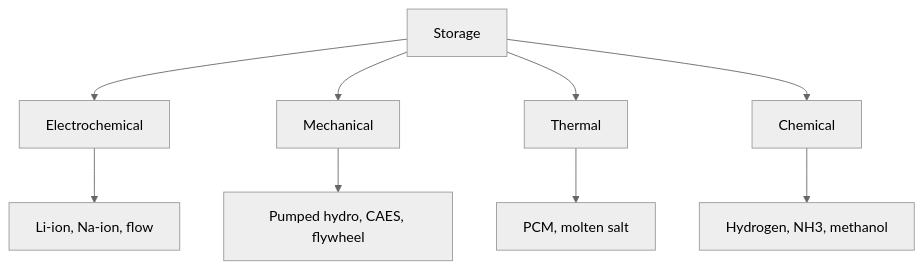
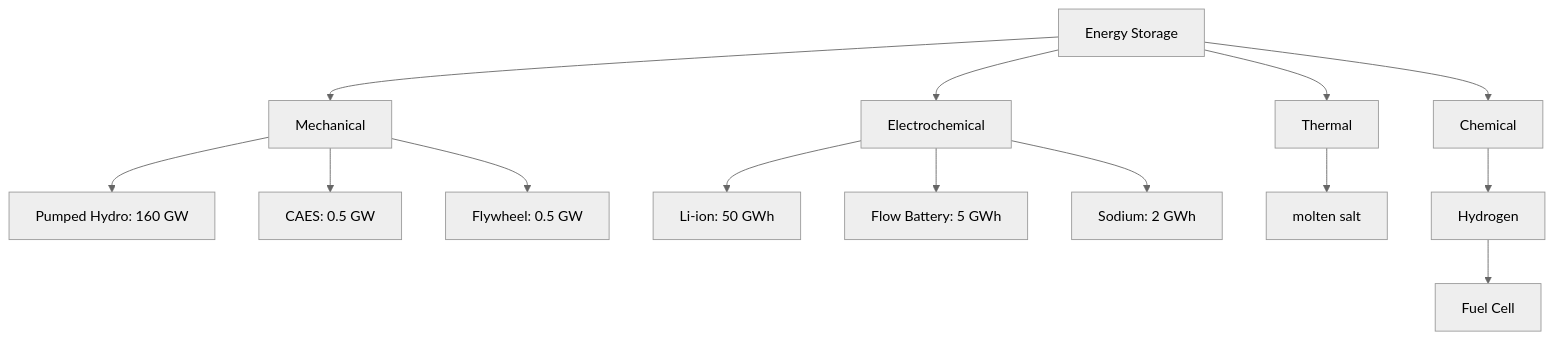
One commit to yip-lgtm/PhysicsSelfStudy changed the fourth of 5 diagrams in 01_BSc_Physics/foundation/PHYS_1003_Energy_Environmental_Issues/README.md. Above: the diagram before and after it, drawn with Mermaid (neutral theme). The commit also changed other lines of this file and 17 other files, not shown here.

````diff
--- a/01_BSc_Physics/foundation/PHYS_1003_Energy_Environmental_Issues/README.md
+++ b/01_BSc_Physics/foundation/PHYS_1003_Energy_Environmental_Issues/README.md
@@ -171,11 +502,16 @@
 ```mermaid
 graph TD
-    A[Storage] --> B[Electrochemical]
-    A --> C[Mechanical]
+    A[Energy Storage] --> B[Mechanical]
+    A --> C[Electrochemical]
     A --> D[Thermal]
     A --> E[Chemical]
-    B --> F[Li-ion, Na-ion, flow]
-    C --> G[Pumped hydro, CAES, flywheel]
-    D --> H[PCM, molten salt]
-    E --> I[Hydrogen, NH3, methanol]
+    B --> F[Pumped Hydro: 160 GW]
+    B --> G[CAES: 0.5 GW]
+    B --> H[Flywheel: 0.5 GW]
+    C --> I[Li-ion: 50 GWh]
+    C --> J[Flow Battery: 5 GWh]
+    C --> K[Sodium: 2 GWh]
+    D --> L[molten salt]
+    E --> M[Hydrogen]
+    M --> N[Fuel Cell]
 ```
````
